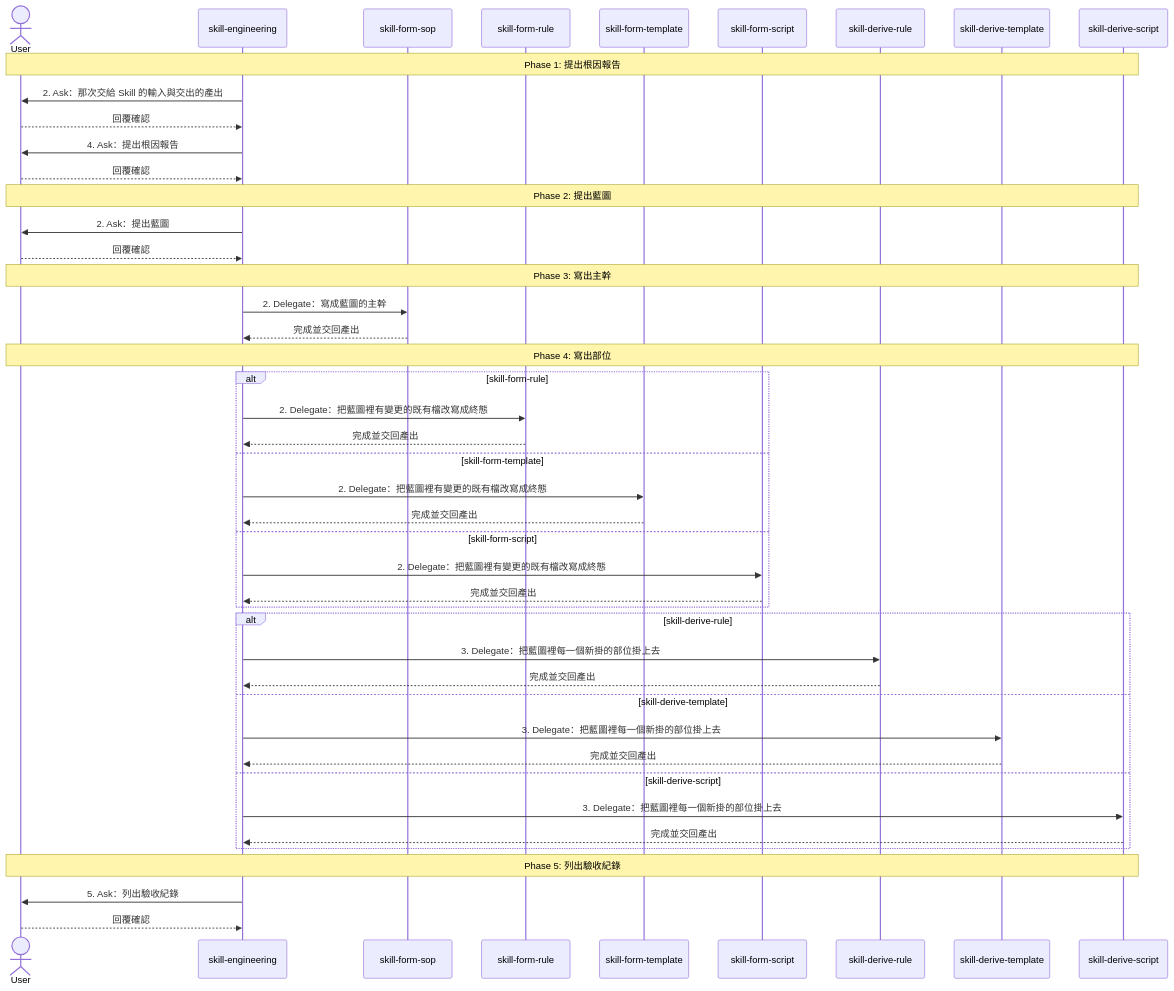
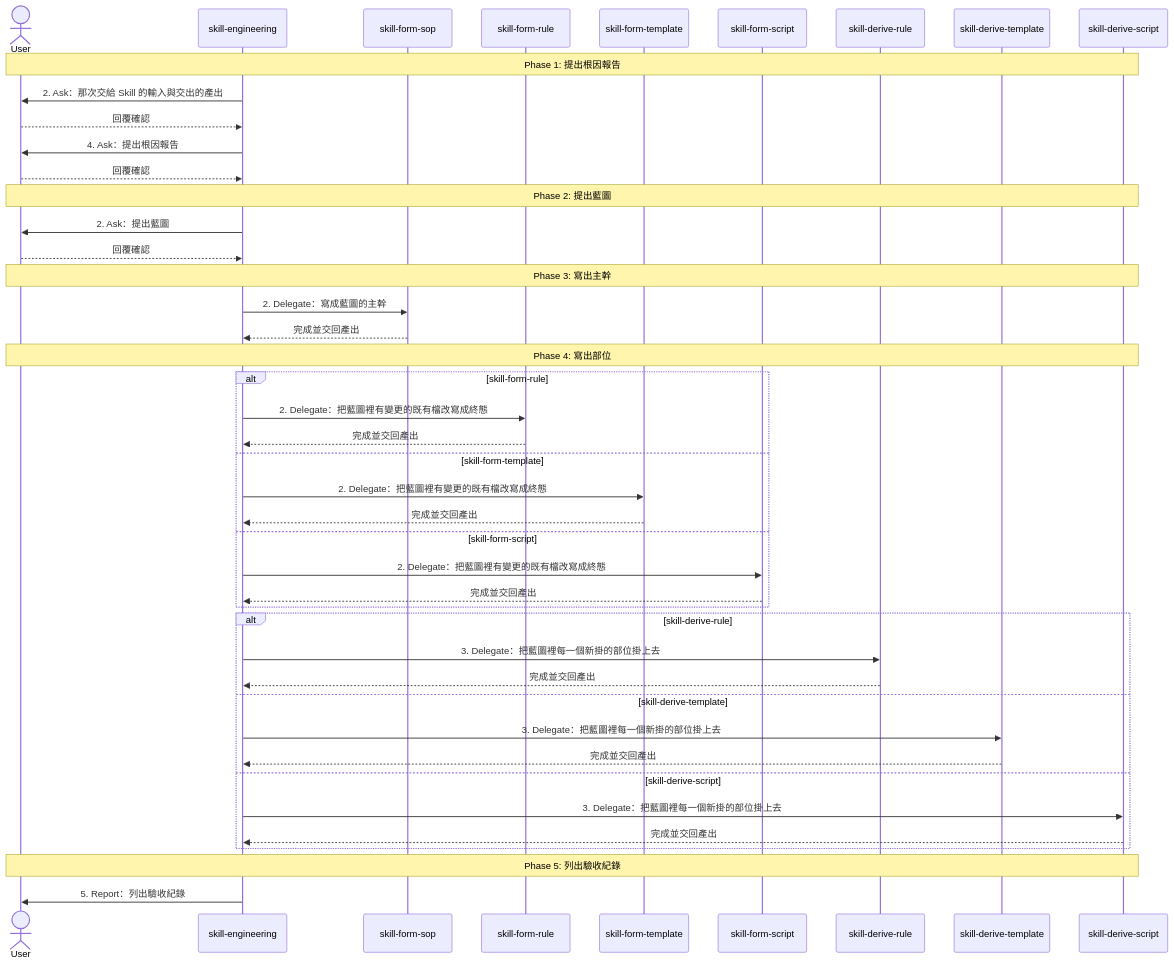
The second of 2 diagrams in .claude/skills/skill-engineering/SKILL.md (AI-x-BDD/BDGG-Dev-Skills), drawn with Mermaid before and after one commit. The commit also changed other lines of this file and 13 other files, not shown here.

````diff
--- a/.claude/skills/skill-engineering/SKILL.md
+++ b/.claude/skills/skill-engineering/SKILL.md
@@ -111,47 +111,46 @@
 ```mermaid
 sequenceDiagram
     actor User
     participant Main as skill-engineering
     participant Sub_1 as skill-form-sop
     participant Sub_2 as skill-form-rule
     participant Sub_3 as skill-form-template
     participant Sub_4 as skill-form-script
     participant Sub_5 as skill-derive-rule
     participant Sub_6 as skill-derive-template
     participant Sub_7 as skill-derive-script
     Note over User,Sub_7: Phase 1: 提出根因報告
     Main->>User: 2. Ask：那次交給 Skill 的輸入與交出的產出
     User-->>Main: 回覆確認
     Main->>User: 4. Ask：提出根因報告
     User-->>Main: 回覆確認
     Note over User,Sub_7: Phase 2: 提出藍圖
     Main->>User: 2. Ask：提出藍圖
     User-->>Main: 回覆確認
     Note over User,Sub_7: Phase 3: 寫出主幹
     Main->>Sub_1: 2. Delegate：寫成藍圖的主幹
     Sub_1-->>Main: 完成並交回產出
     Note over User,Sub_7: Phase 4: 寫出部位
     alt skill-form-rule
         Main->>Sub_2: 2. Delegate：把藍圖裡有變更的既有檔改寫成終態
         Sub_2-->>Main: 完成並交回產出
     else skill-form-template
         Main->>Sub_3: 2. Delegate：把藍圖裡有變更的既有檔改寫成終態
         Sub_3-->>Main: 完成並交回產出
     else skill-form-script
         Main->>Sub_4: 2. Delegate：把藍圖裡有變更的既有檔改寫成終態
         Sub_4-->>Main: 完成並交回產出
     end
     alt skill-derive-rule
         Main->>Sub_5: 3. Delegate：把藍圖裡每一個新掛的部位掛上去
         Sub_5-->>Main: 完成並交回產出
     else skill-derive-template
         Main->>Sub_6: 3. Delegate：把藍圖裡每一個新掛的部位掛上去
         Sub_6-->>Main: 完成並交回產出
     else skill-derive-script
         Main->>Sub_7: 3. Delegate：把藍圖裡每一個新掛的部位掛上去
         Sub_7-->>Main: 完成並交回產出
     end
     Note over User,Sub_7: Phase 5: 列出驗收紀錄
-    Main->>User: 5. Ask：列出驗收紀錄
-    User-->>Main: 回覆確認
+    Main->>User: 5. Report：列出驗收紀錄
 ```
````
